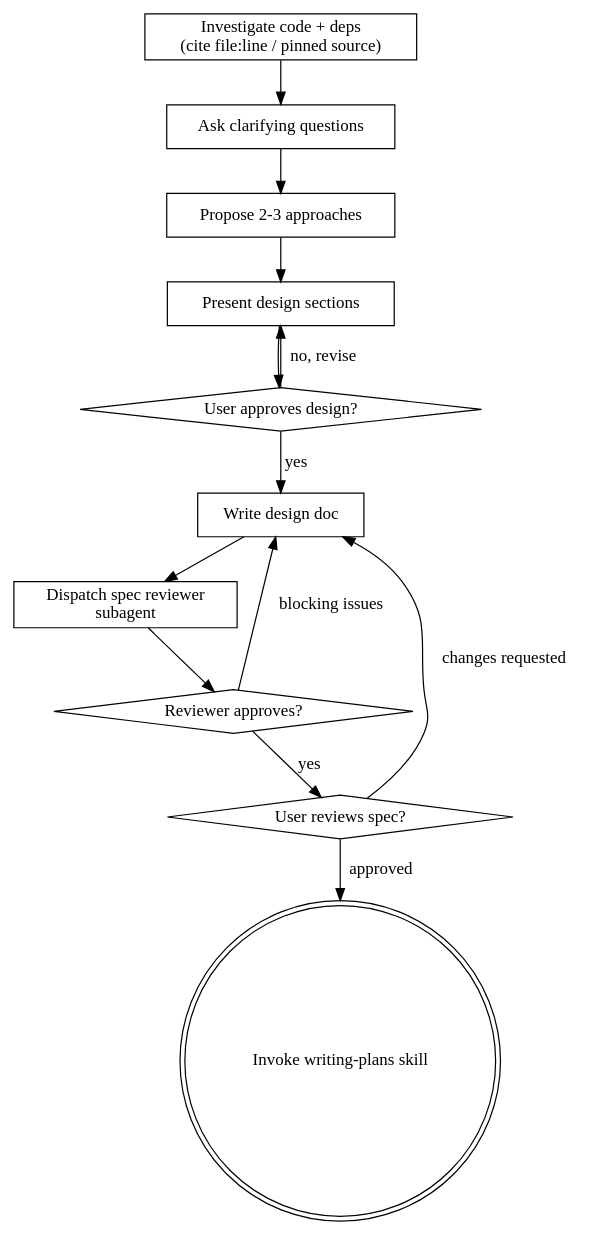
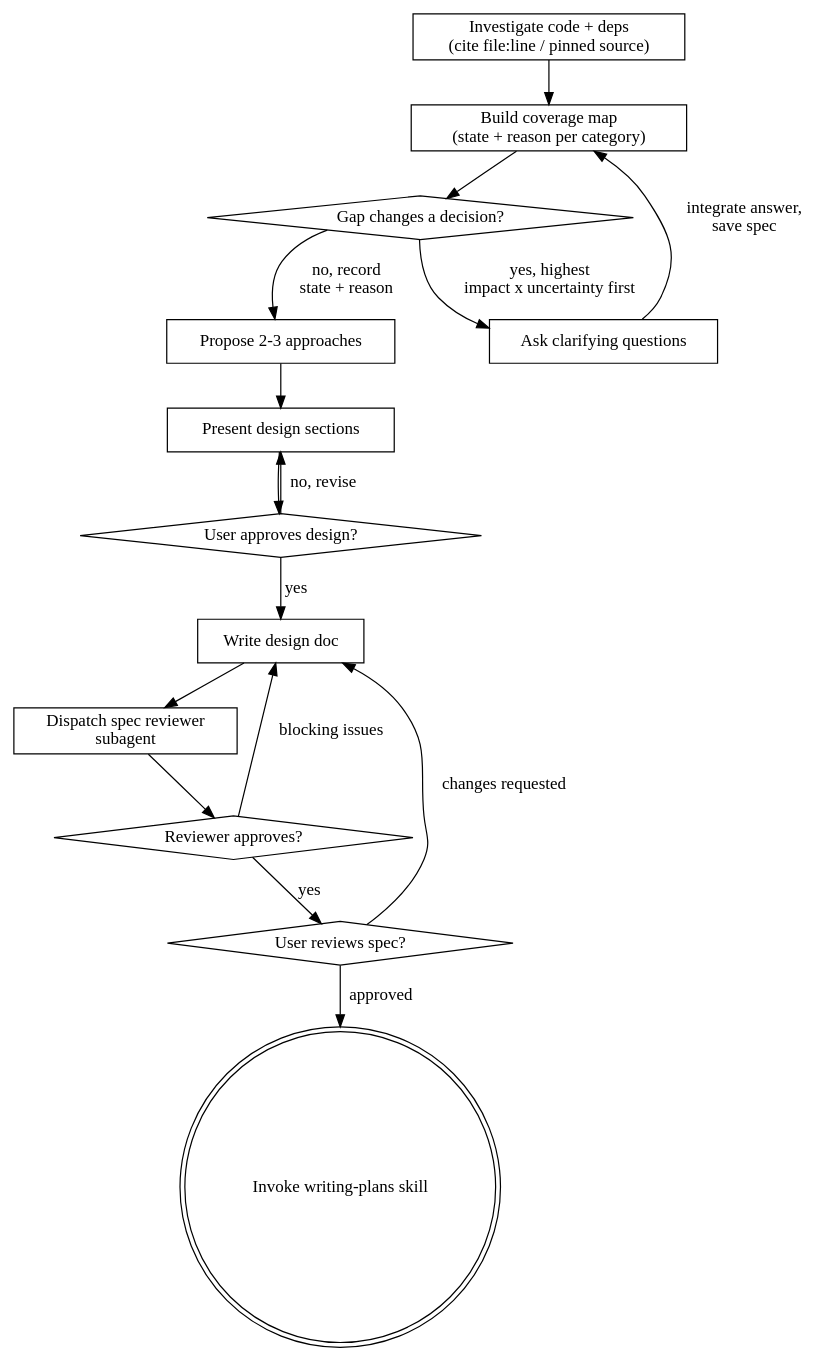
The diagram in skills/brainstorming/SKILL.md (rodrigopaitach/superpowersplus), drawn with Graphviz before and after one commit. The commit also changed other lines of this file and 3 other files, not shown here.

````diff
--- a/skills/brainstorming/SKILL.md
+++ b/skills/brainstorming/SKILL.md
@@ -36,27 +39,32 @@
 ```dot
 digraph brainstorming {
     "Investigate code + deps\n(cite file:line / pinned source)" [shape=box];
+    "Build coverage map\n(state + reason per category)" [shape=box];
+    "Gap changes a decision?" [shape=diamond];
     "Ask clarifying questions" [shape=box];
     "Propose 2-3 approaches" [shape=box];
     "Present design sections" [shape=box];
     "User approves design?" [shape=diamond];
     "Write design doc" [shape=box];
     "Dispatch spec reviewer\nsubagent" [shape=box];
     "Reviewer approves?" [shape=diamond];
     "User reviews spec?" [shape=diamond];
     "Invoke writing-plans skill" [shape=doublecircle];
 
-    "Investigate code + deps\n(cite file:line / pinned source)" -> "Ask clarifying questions";
-    "Ask clarifying questions" -> "Propose 2-3 approaches";
+    "Investigate code + deps\n(cite file:line / pinned source)" -> "Build coverage map\n(state + reason per category)";
+    "Build coverage map\n(state + reason per category)" -> "Gap changes a decision?";
+    "Gap changes a decision?" -> "Ask clarifying questions" [label="yes, highest\nimpact x uncertainty first"];
+    "Gap changes a decision?" -> "Propose 2-3 approaches" [label="no, record\nstate + reason"];
+    "Ask clarifying questions" -> "Build coverage map\n(state + reason per category)" [label="integrate answer,\nsave spec"];
     "Propose 2-3 approaches" -> "Present design sections";
     "Present design sections" -> "User approves design?";
     "User approves design?" -> "Present design sections" [label="no, revise"];
     "User approves design?" -> "Write design doc" [label="yes"];
     "Write design doc" -> "Dispatch spec reviewer\nsubagent";
     "Dispatch spec reviewer\nsubagent" -> "Reviewer approves?";
     "Reviewer approves?" -> "Write design doc" [label="blocking issues"];
     "Reviewer approves?" -> "User reviews spec?" [label="yes"];
     "User reviews spec?" -> "Write design doc" [label="changes requested"];
     "User reviews spec?" -> "Invoke writing-plans skill" [label="approved"];
 }
 ```
````
